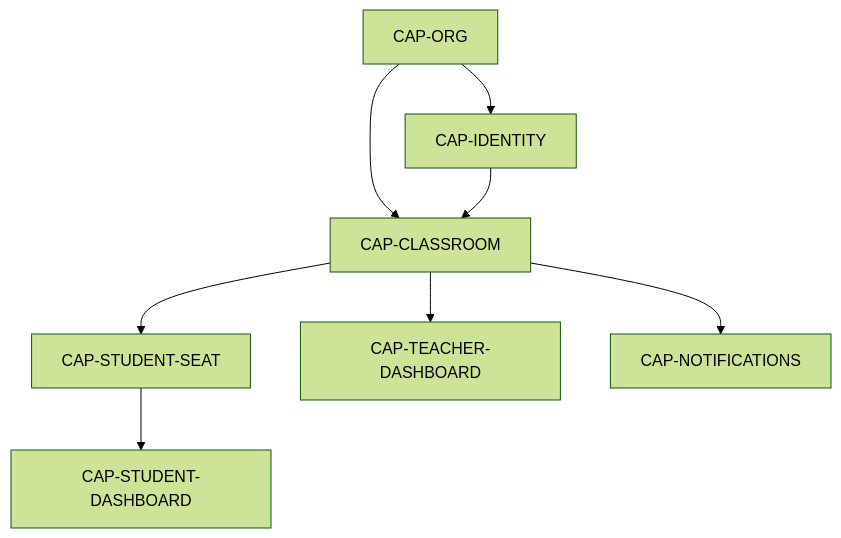
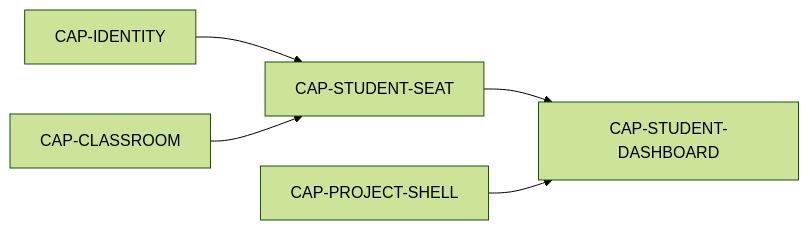
Before and after one commit to spikeal8-maker/asa-lab: the eighth of 13 diagrams in docs/product/CAPABILITY_MAP.md, drawn with Mermaid (forest theme). The commit also changed other lines of this file, not shown here.

````diff
--- a/docs/product/CAPABILITY_MAP.md
+++ b/docs/product/CAPABILITY_MAP.md
@@ -80,18 +177,13 @@
 ```mermaid
-flowchart TB
-    ORG[CAP-ORG]
+flowchart LR
     ID[CAP-IDENTITY]
-    CLS[CAP-CLASSROOM]
+    CLASS[CAP-CLASSROOM]
+    PROJECT[CAP-PROJECT-SHELL]
     SEAT[CAP-STUDENT-SEAT]
-    TD[CAP-TEACHER-DASHBOARD]
-    SD[CAP-STUDENT-DASHBOARD]
-    NOTIF[CAP-NOTIFICATIONS]
+    DASH[CAP-STUDENT-DASHBOARD]
 
-    ORG --> ID
-    ORG --> CLS
-    ID --> CLS
-    CLS --> SEAT
-    CLS --> TD
-    SEAT --> SD
-    CLS --> NOTIF
+    ID --> SEAT
+    CLASS --> SEAT
+    SEAT --> DASH
+    PROJECT --> DASH
 ```
````
